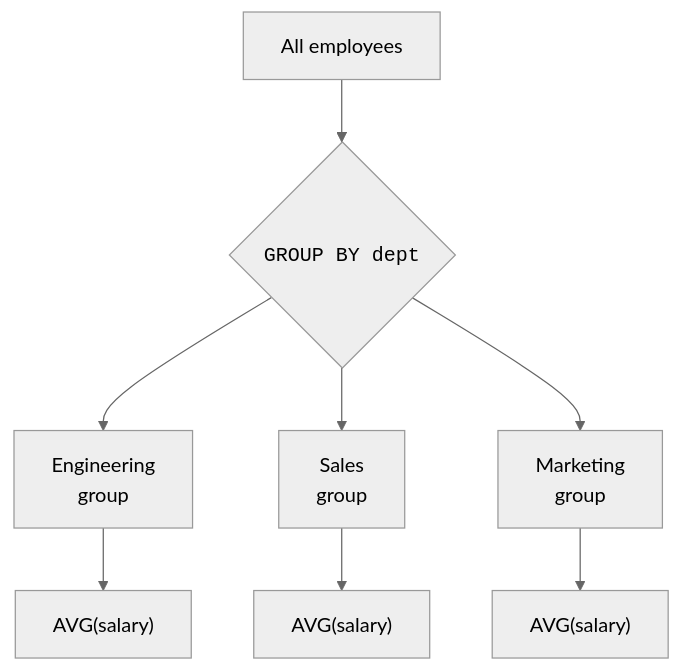
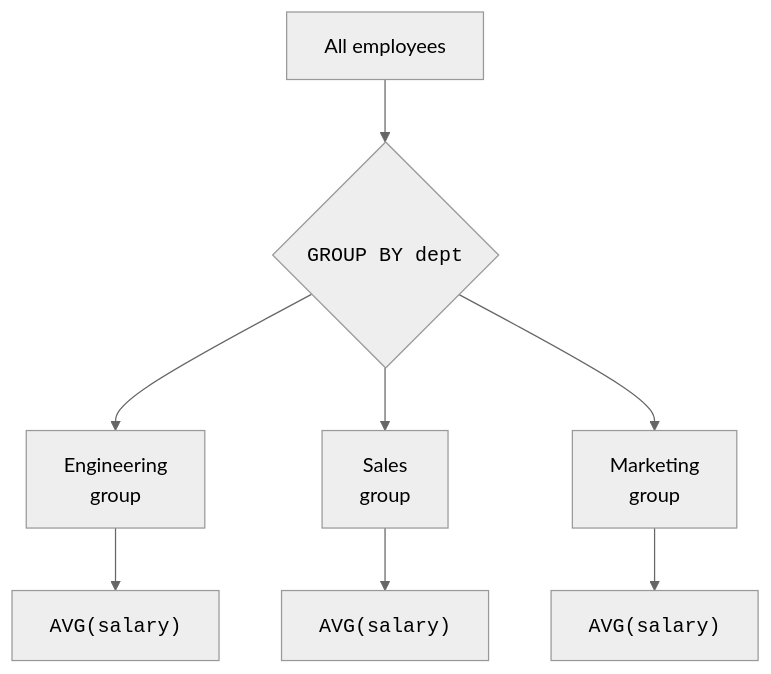
The first of 3 diagrams in content/courses/intro-sql-postgres/grouping-data.mdx (dataslope/dataslope), drawn with Mermaid (neutral theme) before and after one commit. The commit also changed other lines of this file and 283 other files, not shown here.

First line of the commit message:
Diagrams as elements, not characters: fix the box model, sweep the corpus, and make syntax breakdowns a convention (#652)

````diff
--- a/content/courses/intro-sql-postgres/grouping-data.mdx
+++ b/content/courses/intro-sql-postgres/grouping-data.mdx
@@ -29,10 +29,10 @@
 ```mermaid
 flowchart TB
     All["All employees"] --> G{"<code>GROUP BY dept</code>"}
     G --> E["Engineering<br/>group"]
     G --> S["Sales<br/>group"]
     G --> M["Marketing<br/>group"]
-    E --> EA["AVG(salary)"]
-    S --> SA["AVG(salary)"]
-    M --> MA["AVG(salary)"]
+    E --> EA["<code>AVG(salary)</code>"]
+    S --> SA["<code>AVG(salary)</code>"]
+    M --> MA["<code>AVG(salary)</code>"]
 ```
````
